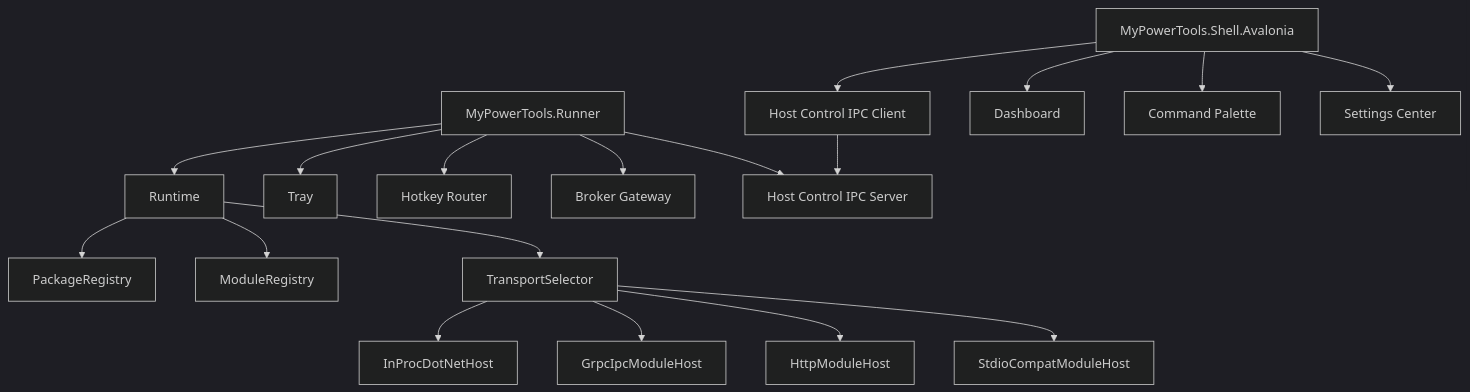
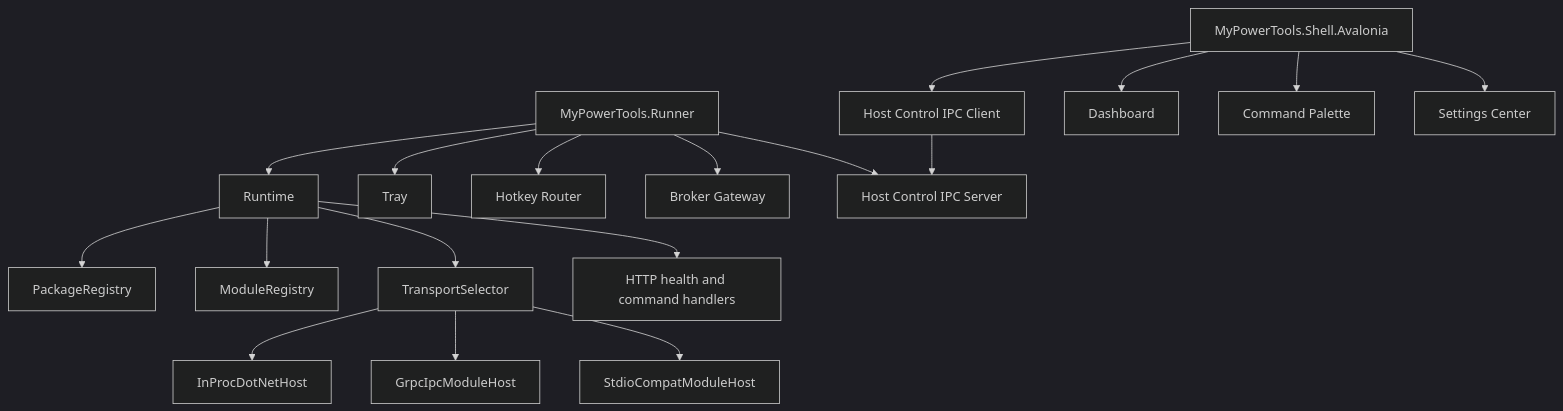
The diagram in docs/01-system-architecture.md (dqtz5vpvj9-create/MyPowerTools), drawn with Mermaid (dark theme) before and after one commit. The commit also changed other lines of this file and 121 other files, not shown here.

````diff
--- a/docs/01-system-architecture.md
+++ b/docs/01-system-architecture.md
@@ -91,20 +91,20 @@
 ```mermaid
 flowchart TD
   A[MyPowerTools.Runner] --> B[Runtime]
   A --> C[Tray]
   A --> D[Hotkey Router]
   A --> E[Broker Gateway]
   A --> F[Host Control IPC Server]
   G[MyPowerTools.Shell.Avalonia] --> H[Host Control IPC Client]
   H --> F
   B --> I[PackageRegistry]
   B --> J[ModuleRegistry]
   B --> K[TransportSelector]
   K --> L[InProcDotNetHost]
   K --> M[GrpcIpcModuleHost]
-  K --> N[HttpModuleHost]
+  B --> N[HTTP health and command handlers]
   K --> O[StdioCompatModuleHost]
   G --> P[Dashboard]
   G --> Q[Command Palette]
   G --> R[Settings Center]
 ```
````
